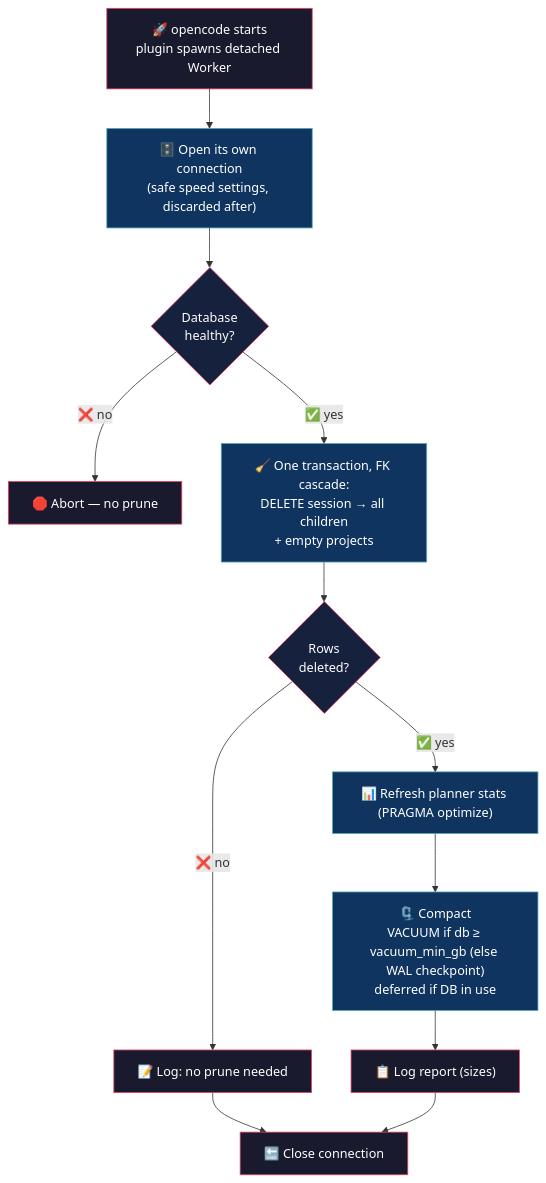
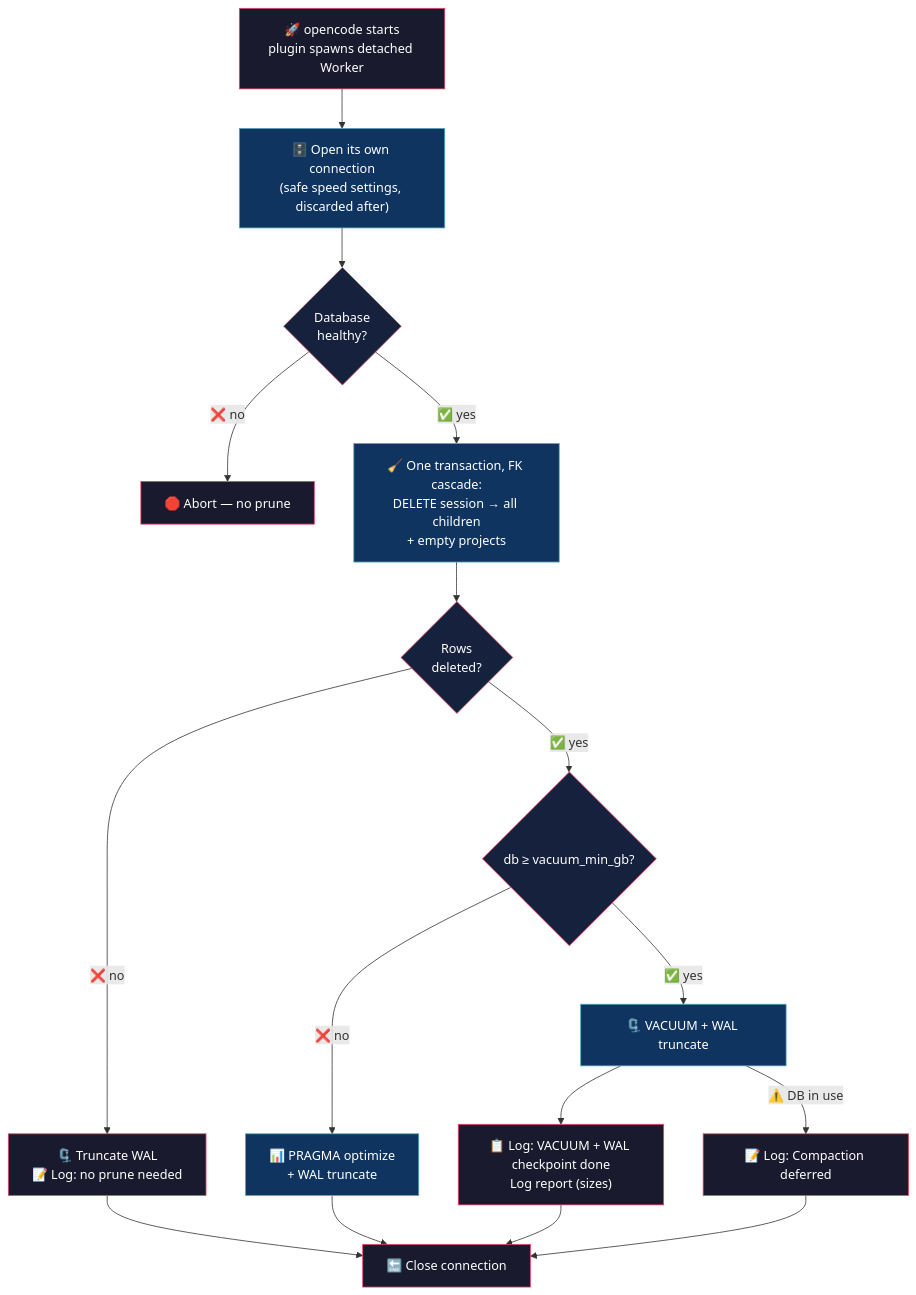
Before and after one commit to alejo54dev/opencode-db-prunetor: the diagram in README.md, drawn with Mermaid. The commit also changed other lines of this file and 1 other file, not shown here.

Commit message:
Refactor: type config, simplify compaction, sync docs
- Type Config interface (log_level as union), drop typeof CONFIG and as-cast
- compact(): drop BEGIN IMMEDIATE probe, move optimize to skip-branch, keep VACUUM gated by vacuum_min_gb
- run(): skip :memory: DB, WAL truncate on no-prune
- README: drop removed backup feature, real log examples, updated mermaid flow

````diff
--- a/README.md
+++ b/README.md
@@ -31,27 +31,33 @@
 ```mermaid
 flowchart TD
     A["🚀 opencode starts<br/>plugin spawns detached Worker"]
     A --> B["🗄️ Open its own connection<br/>(safe speed settings, discarded after)"]
     B --> C{"Database<br/>healthy?"}
     C -->|"❌ no"| Z["🛑 Abort — no prune"]
     C -->|"✅ yes"| G["🧹 One transaction, FK cascade:<br/>DELETE session → all children<br/>+ empty projects"]
     G --> E{"Rows<br/>deleted?"}
-    E -->|"❌ no"| R["📝 Log: no prune needed"]
-    E -->|"✅ yes"| I["📊 Refresh planner stats (PRAGMA optimize)"]
-    I --> M["🗜️ Compact<br/>VACUUM if db ≥ vacuum_min_gb (else WAL checkpoint)<br/>deferred if DB in use"]
-    M --> J["📋 Log report (sizes)"]
+    E -->|"❌ no"| R["🗜️ Truncate WAL<br/>📝 Log: no prune needed"]
     R --> K
+    E -->|"✅ yes"| H{"db ≥ vacuum_min_gb?"}
+    H -->|"❌ no"| O["📊 PRAGMA optimize<br/>+ WAL truncate"]
+    H -->|"✅ yes"| M["🗜️ VACUUM + WAL truncate"]
+    M --> J["📋 Log: VACUUM + WAL checkpoint done<br/>Log report (sizes)"]
+    M -->|"⚠️ DB in use"| D["📝 Log: Compaction deferred"]
+    O --> K
     J --> K["🔚 Close connection"]
+    D --> K
 
     style A fill:#1a1a2e,stroke:#e94560,color:#fff
     style B fill:#0f3460,stroke:#53a8b6,color:#fff
     style C fill:#16213e,stroke:#e94560,color:#fff
     style E fill:#16213e,stroke:#e94560,color:#fff
     style G fill:#0f3460,stroke:#53a8b6,color:#fff
-    style I fill:#0f3460,stroke:#53a8b6,color:#fff
+    style H fill:#16213e,stroke:#e94560,color:#fff
+    style O fill:#0f3460,stroke:#53a8b6,color:#fff
     style M fill:#0f3460,stroke:#53a8b6,color:#fff
     style J fill:#1a1a2e,stroke:#e94560,color:#fff
+    style D fill:#1a1a2e,stroke:#e94560,color:#fff
     style K fill:#1a1a2e,stroke:#e94560,color:#fff
     style R fill:#1a1a2e,stroke:#e94560,color:#fff
     style Z fill:#1a1a2e,stroke:#e94560,color:#fff
 ```
````
